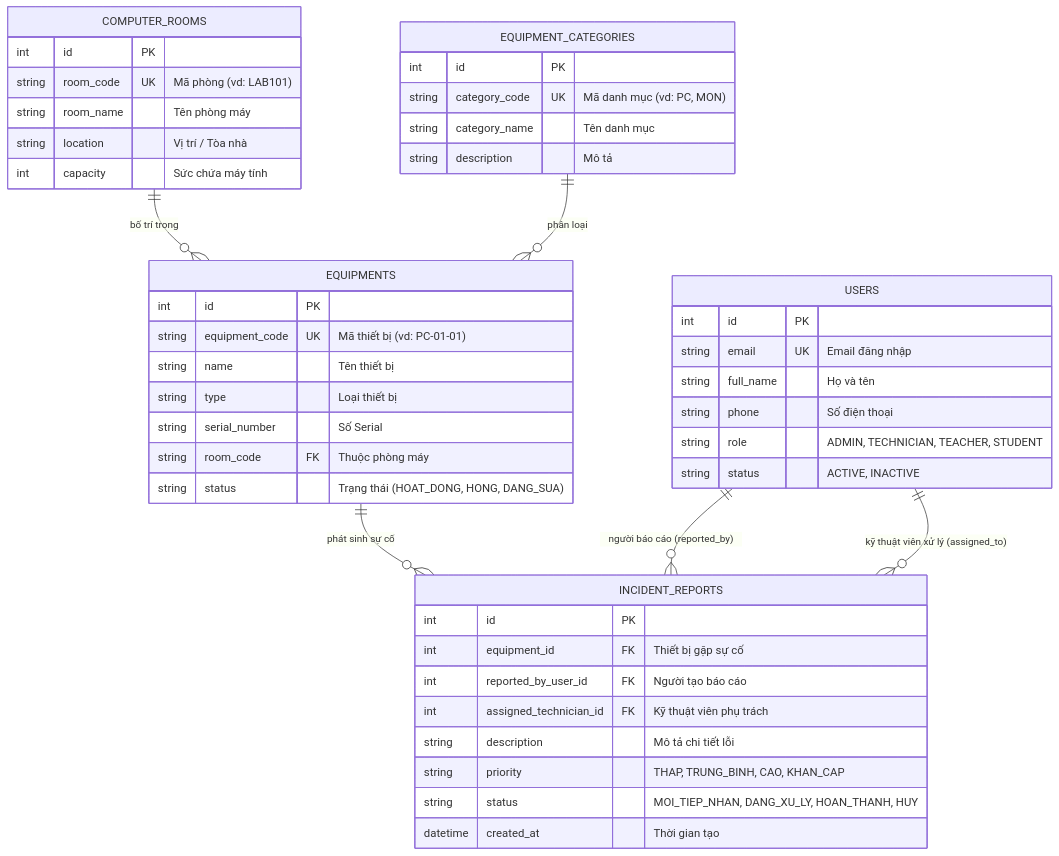
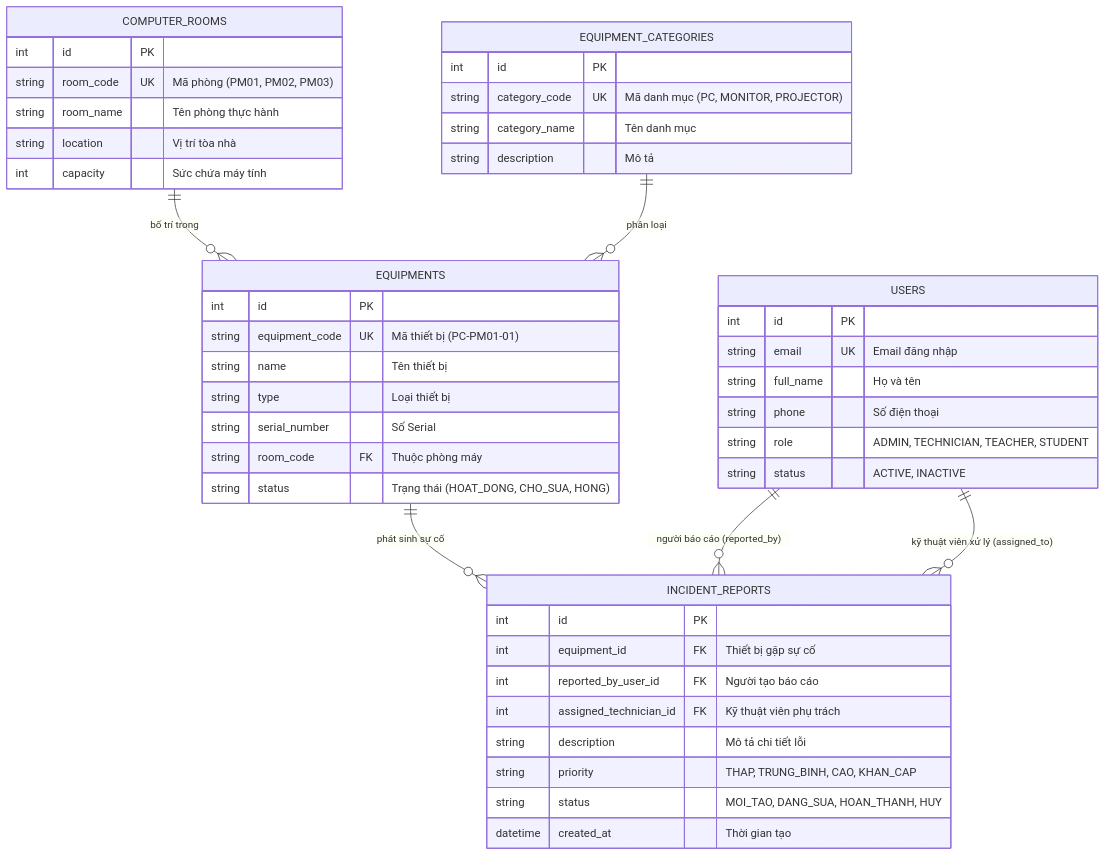
The first of 2 diagrams in README.md (duyanhnopbai8386-ui/labrepair), drawn with Mermaid before and after one commit. The commit also changed other lines of this file and 4 other files, not shown here.

````diff
--- a/README.md
+++ b/README.md
@@ -30,53 +33,53 @@
 ```mermaid
 erDiagram
     COMPUTER_ROOMS ||--o{ EQUIPMENTS : "bố trí trong"
     EQUIPMENT_CATEGORIES ||--o{ EQUIPMENTS : "phân loại"
     EQUIPMENTS ||--o{ INCIDENT_REPORTS : "phát sinh sự cố"
     USERS ||--o{ INCIDENT_REPORTS : "người báo cáo (reported_by)"
     USERS ||--o{ INCIDENT_REPORTS : "kỹ thuật viên xử lý (assigned_to)"
 
     COMPUTER_ROOMS {
         int id PK
-        string room_code UK "Mã phòng (vd: LAB101)"
-        string room_name "Tên phòng máy"
-        string location "Vị trí / Tòa nhà"
+        string room_code UK "Mã phòng (PM01, PM02, PM03)"
+        string room_name "Tên phòng thực hành"
+        string location "Vị trí tòa nhà"
         int capacity "Sức chứa máy tính"
     }
 
     EQUIPMENT_CATEGORIES {
         int id PK
-        string category_code UK "Mã danh mục (vd: PC, MON)"
+        string category_code UK "Mã danh mục (PC, MONITOR, PROJECTOR)"
         string category_name "Tên danh mục"
         string description "Mô tả"
     }
 
     EQUIPMENTS {
         int id PK
-        string equipment_code UK "Mã thiết bị (vd: PC-01-01)"
+        string equipment_code UK "Mã thiết bị (PC-PM01-01)"
         string name "Tên thiết bị"
         string type "Loại thiết bị"
         string serial_number "Số Serial"
         string room_code FK "Thuộc phòng máy"
-        string status "Trạng thái (HOAT_DONG, HONG, DANG_SUA)"
+        string status "Trạng thái (HOAT_DONG, CHO_SUA, HONG)"
     }
 
     USERS {
         int id PK
         string email UK "Email đăng nhập"
         string full_name "Họ và tên"
         string phone "Số điện thoại"
         string role "ADMIN, TECHNICIAN, TEACHER, STUDENT"
         string status "ACTIVE, INACTIVE"
     }
 
     INCIDENT_REPORTS {
         int id PK
         int equipment_id FK "Thiết bị gặp sự cố"
         int reported_by_user_id FK "Người tạo báo cáo"
         int assigned_technician_id FK "Kỹ thuật viên phụ trách"
         string description "Mô tả chi tiết lỗi"
         string priority "THAP, TRUNG_BINH, CAO, KHAN_CAP"
-        string status "MOI_TIEP_NHAN, DANG_XU_LY, HOAN_THANH, HUY"
+        string status "MOI_TAO, DANG_SUA, HOAN_THANH, HUY"
         datetime created_at "Thời gian tạo"
     }
 ```
````
